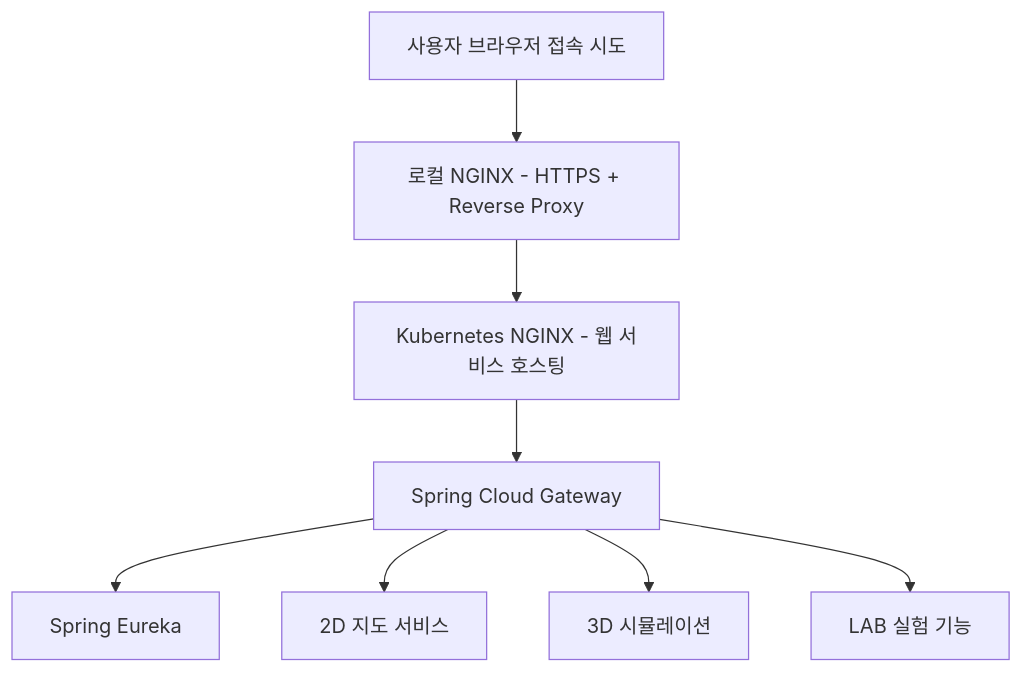
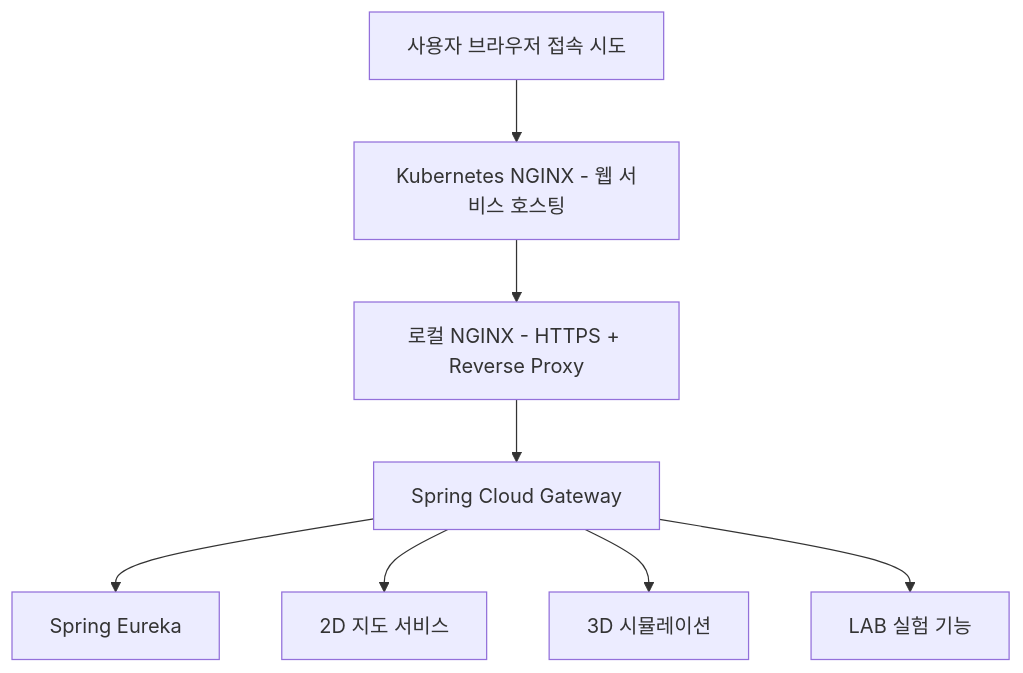
The second of 2 diagrams in README.md (stylealist/sj-lab), drawn with Mermaid before and after one commit. The commit also changed other lines of this file, not shown here.

````diff
--- a/README.md
+++ b/README.md
@@ -76,17 +74,17 @@
 ```mermaid
 graph TD
   User[사용자 브라우저 접속 시도]
+  K8sNGINX[Kubernetes NGINX - 웹 서비스 호스팅]
   LocalNGINX[로컬 NGINX - HTTPS + Reverse Proxy]
-  K8sNGINX[Kubernetes NGINX - 웹 서비스 호스팅]
   Gateway[Spring Cloud Gateway]
   Eureka[Spring Eureka]
   Service1[2D 지도 서비스]
   Service2[3D 시뮬레이션]
   Service3[LAB 실험 기능]
 
-  User --> LocalNGINX --> K8sNGINX --> Gateway
+  User --> K8sNGINX --> LocalNGINX --> Gateway
   Gateway --> Eureka
   Gateway --> Service1
   Gateway --> Service2
   Gateway --> Service3
 ```
````
